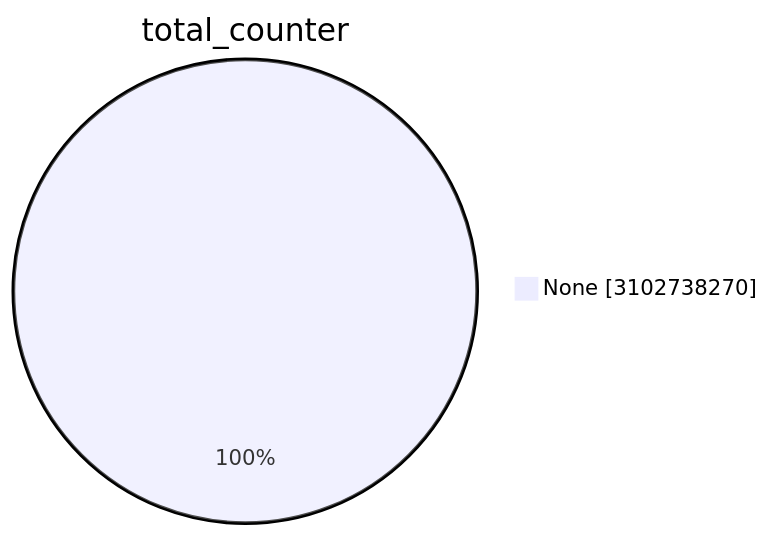
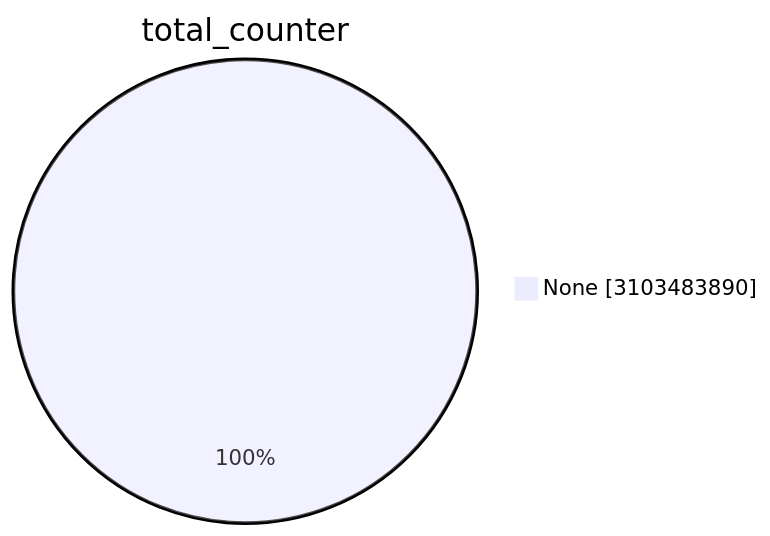
The first of 15 diagrams in TOTAL/README.md (christiankrug/ctmonitor_visualization), drawn with Mermaid before and after one commit. The commit also changed other lines of this file, not shown here.

````diff
--- a/TOTAL/README.md
+++ b/TOTAL/README.md
@@ -1,5 +1,5 @@
 ```mermaid
 pie showData
 title total_counter
-"None" :3102738270
+"None" :3103483890
 ```
````
